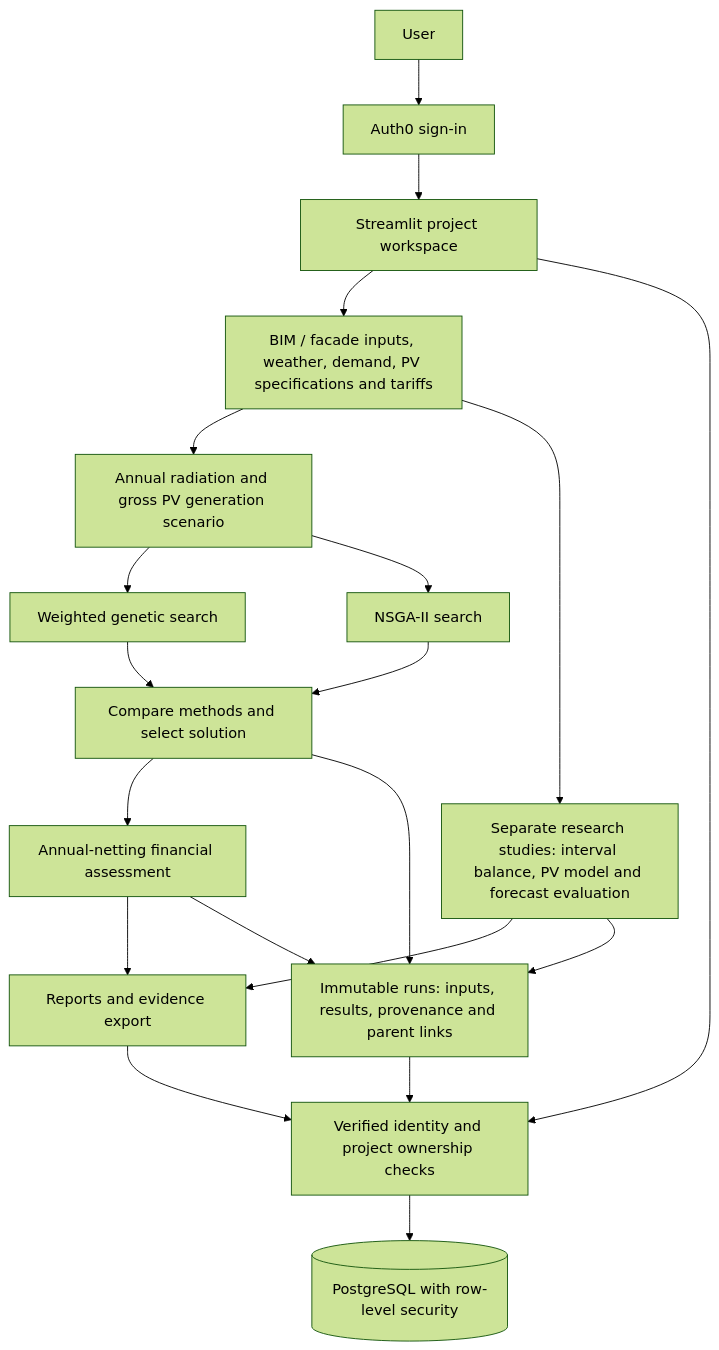
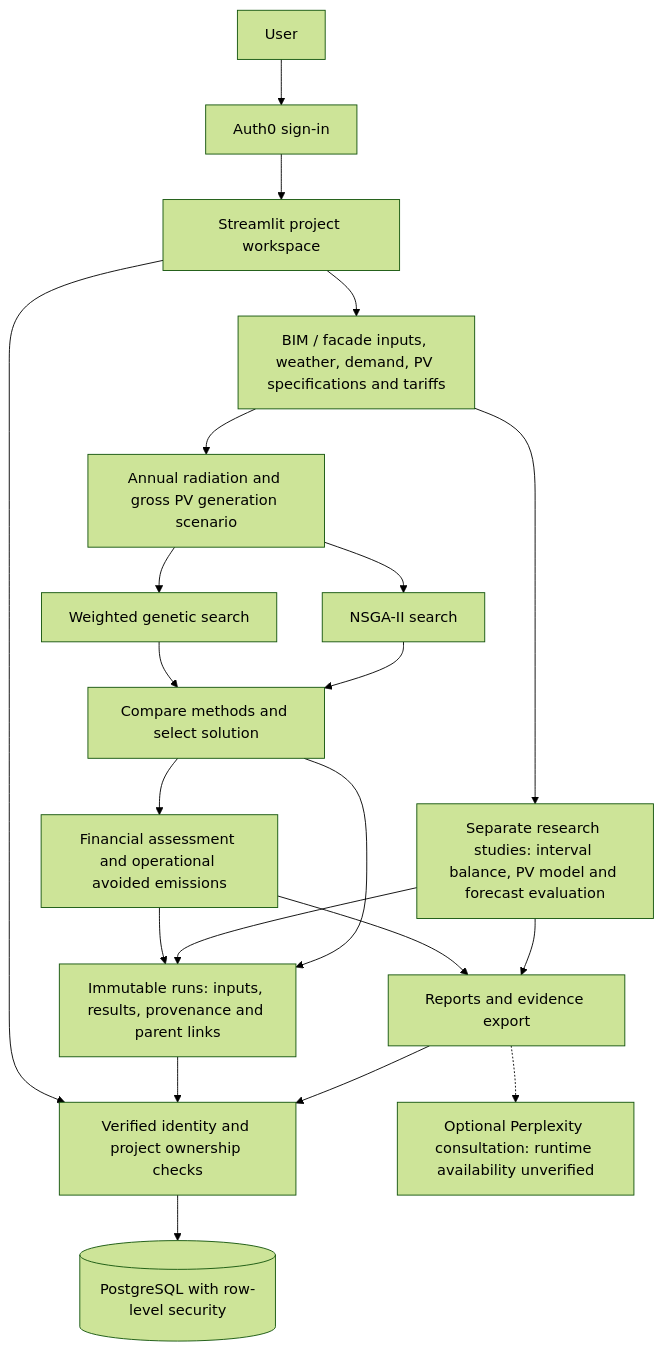
One commit to mgabr2007/BIPVoptimizer changed the diagram in docs/IMPLEMENTATION_ARCHITECTURE.md. Above: the diagram before and after it, drawn with Mermaid (forest theme). The commit also changed other lines of this file, not shown here.

Commit message:
docs: reconcile architecture with Replit candidate audit

````diff
--- a/docs/IMPLEMENTATION_ARCHITECTURE.md
+++ b/docs/IMPLEMENTATION_ARCHITECTURE.md
@@ -5,22 +5,23 @@
 ```mermaid
 flowchart TB
   U["User"] --> A["Auth0 sign-in"]
   A --> P["Streamlit project workspace"]
   P --> I["BIM / facade inputs, weather, demand, PV specifications and tariffs"]
   I --> E["Annual radiation and gross PV generation scenario"]
   E --> W["Weighted genetic search"]
   E --> N["NSGA-II search"]
   W --> C["Compare methods and select solution"]
   N --> C
-  C --> F["Annual-netting financial assessment"]
+  C --> F["Financial assessment and operational avoided emissions"]
   I --> V["Separate research studies: interval balance, PV model and forecast evaluation"]
   F --> R["Reports and evidence export"]
   V --> R
   P --> G["Verified identity and project ownership checks"]
   G --> D[("PostgreSQL with row-level security")]
   F --> H["Immutable runs: inputs, results, provenance and parent links"]
   V --> H
   C --> H
   H --> G
   R --> G
+  R -.-> AI["Optional Perplexity consultation: runtime availability unverified"]
 ```
````
